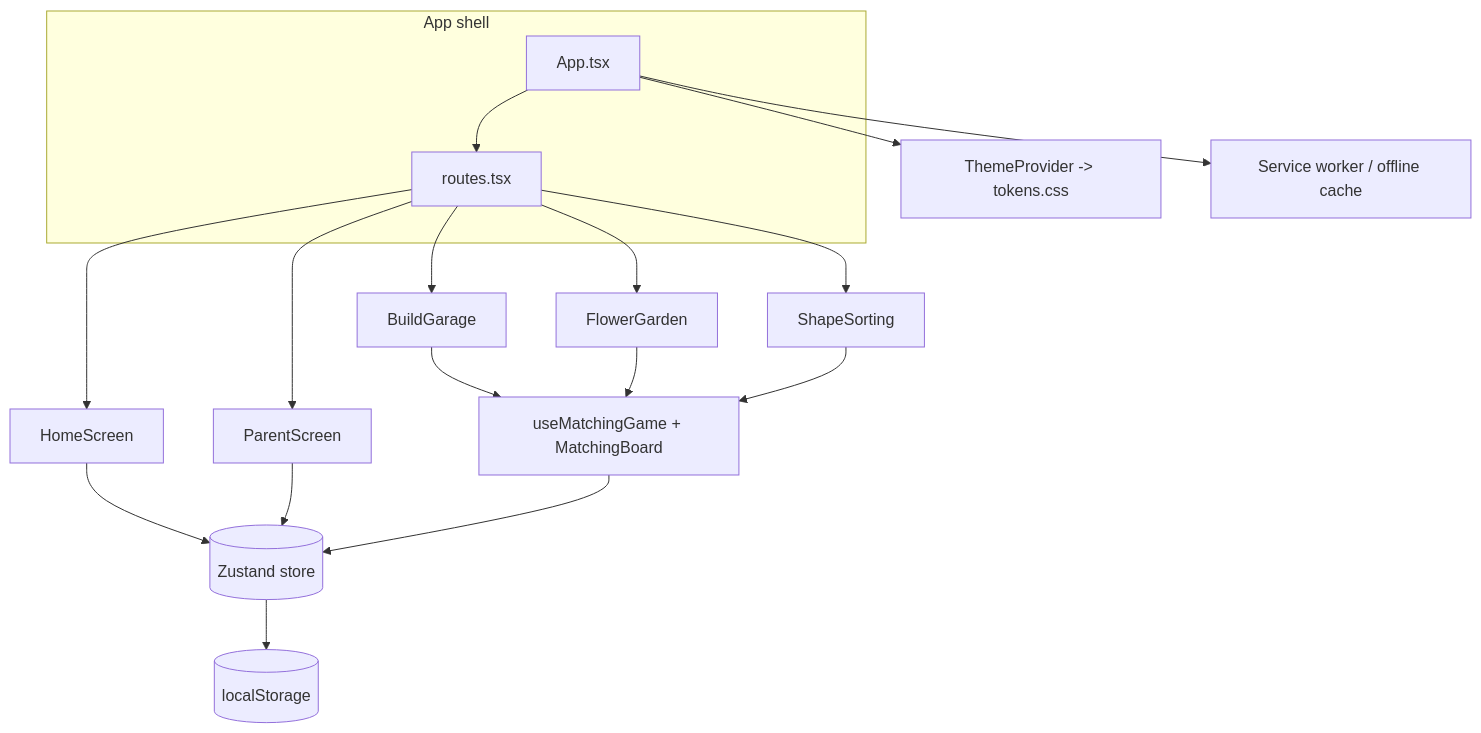
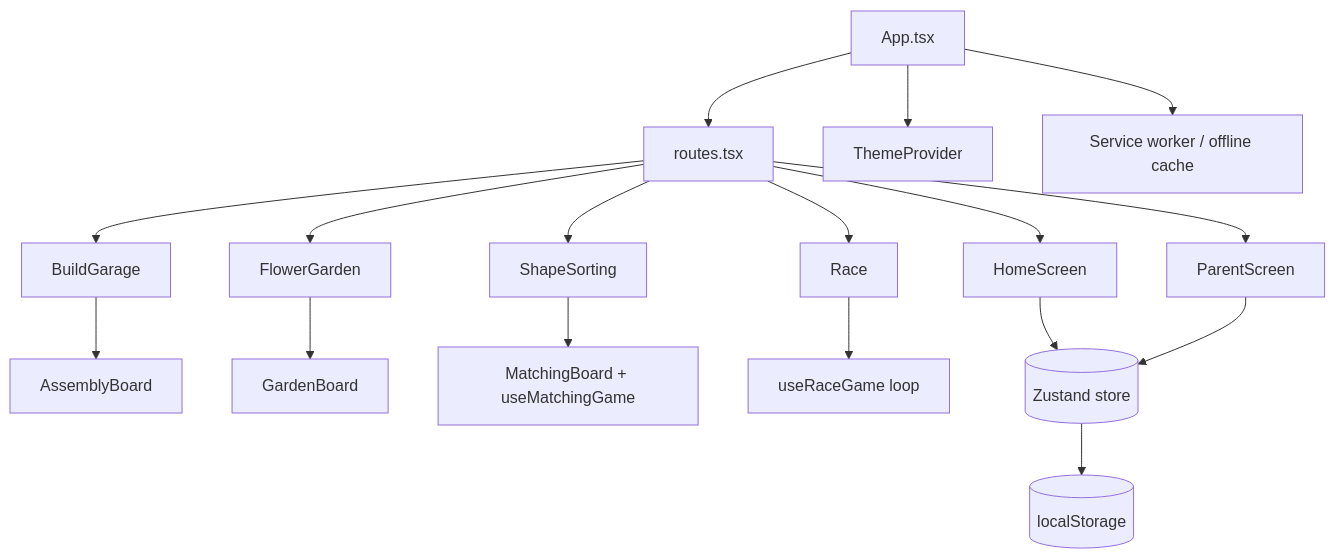
One commit to techlotse/TL-Games changed the diagram in docs/architecture.md. Above: the diagram before and after it, drawn with Mermaid. The commit also changed other lines of this file and 32 other files, not shown here.

````diff
--- a/docs/architecture.md
+++ b/docs/architecture.md
@@ -29,20 +46,19 @@
 ```mermaid
 flowchart TD
-  subgraph shell[App shell]
-    A[App.tsx] --> R[routes.tsx]
-  end
+  A[App.tsx] --> R[routes.tsx]
   R --> H[HomeScreen]
   R --> P[ParentScreen]
   R --> G1[BuildGarage]
   R --> G2[FlowerGarden]
   R --> G3[ShapeSorting]
-  G1 --> ENG[useMatchingGame + MatchingBoard]
-  G2 --> ENG
-  G3 --> ENG
+  R --> G4[Race]
+  G1 --> AB[AssemblyBoard]
+  G2 --> GB[GardenBoard]
+  G3 --> MB[MatchingBoard + useMatchingGame]
+  G4 --> RL[useRaceGame loop]
   H --> ST[(Zustand store)]
   P --> ST
-  ENG --> ST
   ST --> LS[(localStorage)]
-  A --> TH[ThemeProvider -> tokens.css]
+  A --> TH[ThemeProvider]
   A --> SW[Service worker / offline cache]
 ```
````
